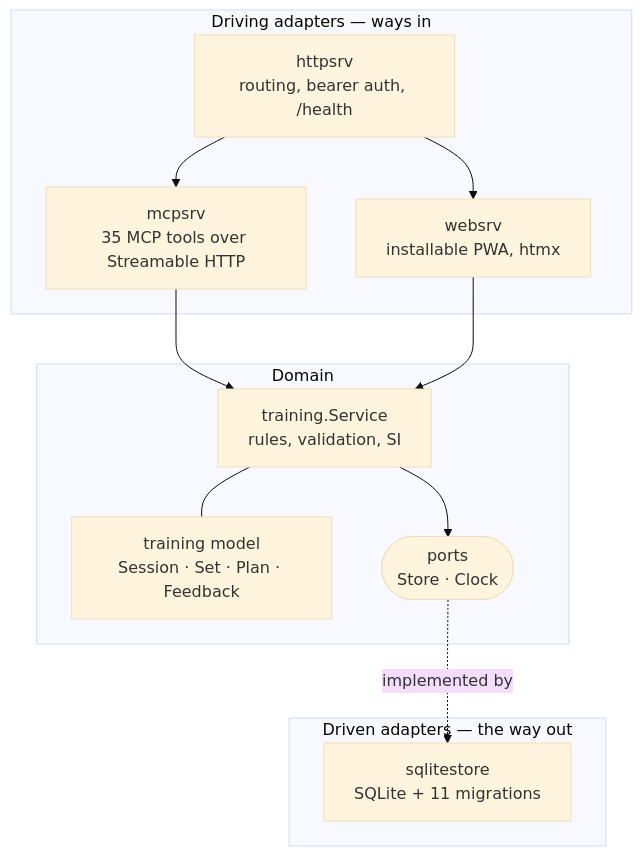
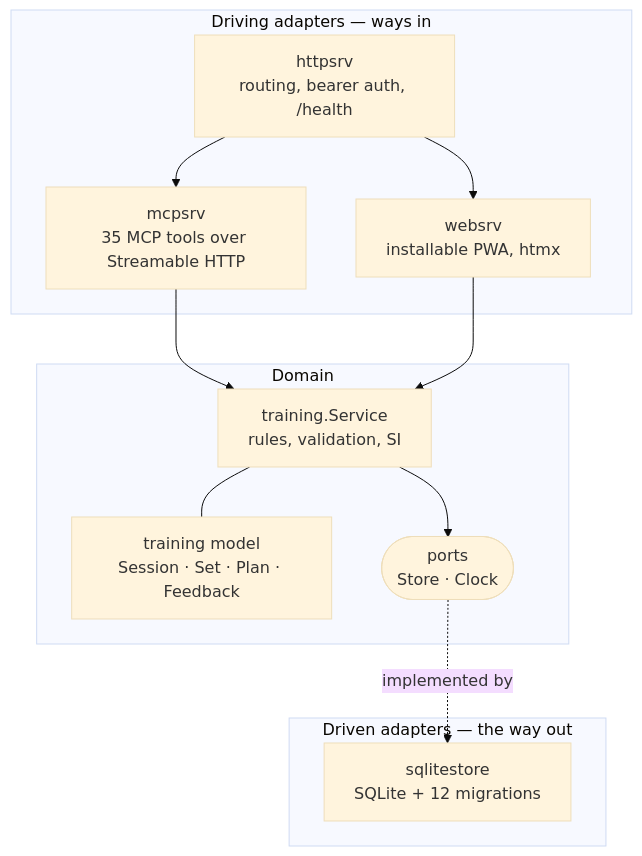
Before and after one commit to FullFran/training-mcp: the diagram in docs/architecture.md, drawn with Mermaid (base theme). The commit also changed other lines of this file and 3 other files, not shown here.

````diff
--- a/docs/architecture.md
+++ b/docs/architecture.md
@@ -13,26 +13,26 @@
 ```mermaid
 flowchart TB
     subgraph driving["Driving adapters — ways in"]
         MCP["mcpsrv<br/>35 MCP tools over Streamable HTTP"]
         WEB["websrv<br/>installable PWA, htmx"]
         HTTP["httpsrv<br/>routing, bearer auth, /health"]
     end
 
     subgraph core["Domain"]
         SVC["training.Service<br/>rules, validation, SI"]
         MODEL["training model<br/>Session · Set · Plan · Feedback"]
         PORTS(["ports<br/>Store · Clock"])
     end
 
     subgraph driven["Driven adapters — the way out"]
-        SQL["sqlitestore<br/>SQLite + 11 migrations"]
+        SQL["sqlitestore<br/>SQLite + 12 migrations"]
     end
 
     HTTP --> MCP
     HTTP --> WEB
     MCP --> SVC
     WEB --> SVC
     SVC --- MODEL
     SVC --> PORTS
     PORTS -.implemented by.-> SQL
 ```
````
